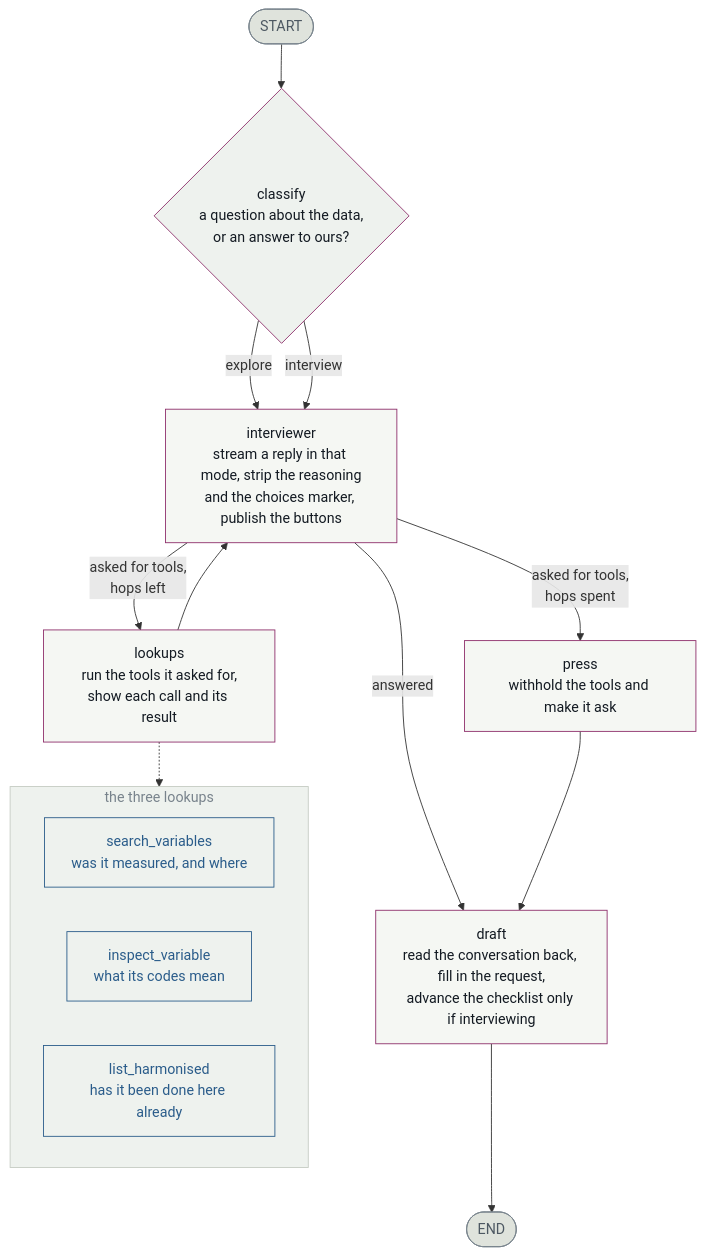
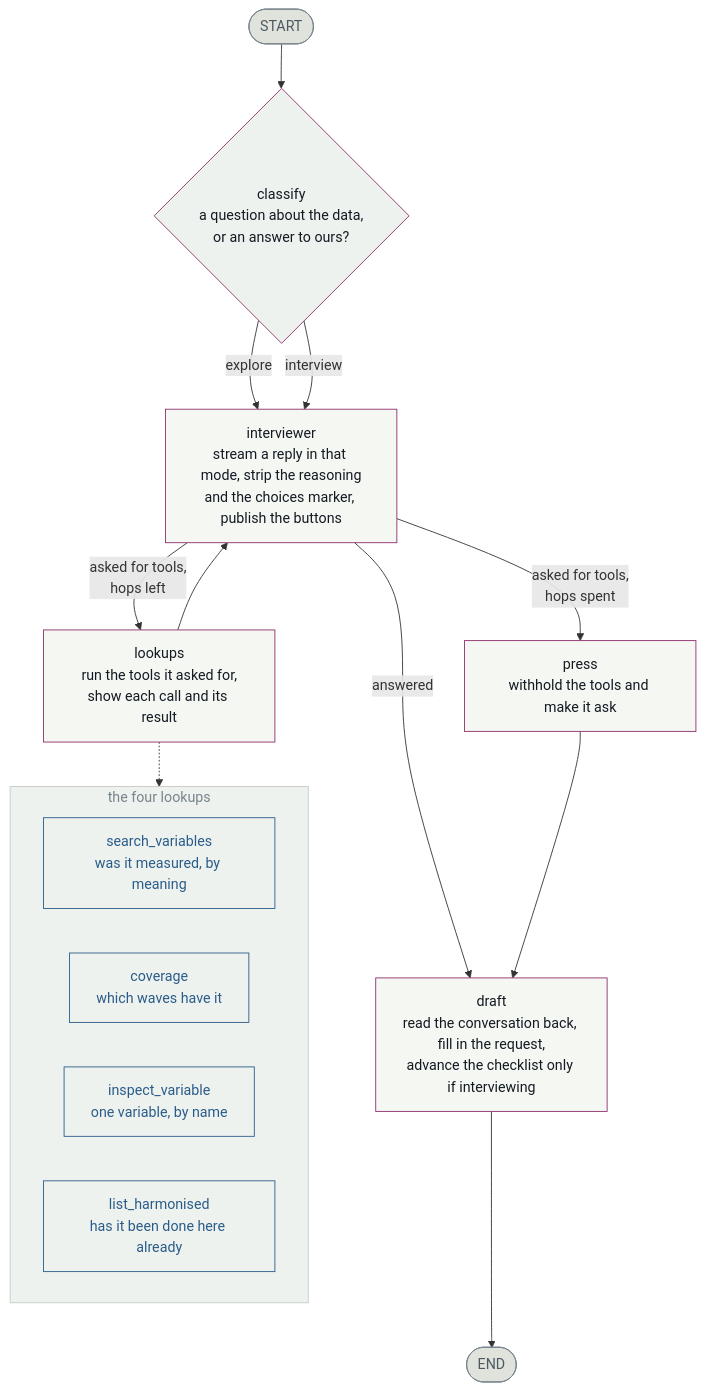
The diagram in web/assistant/README.md (CLS-Data/bcs70-core), drawn with Mermaid before and after one commit. The commit also changed other lines of this file and 7 other files, not shown here.

````diff
--- a/web/assistant/README.md
+++ b/web/assistant/README.md
@@ -14,38 +14,39 @@
 ```mermaid
 flowchart TD
     START([START]) --> CLS
 
     CLS{"classify<br/>a question about the data,<br/>or an answer to ours?"}
     CLS -- "explore" --> INT
     CLS -- "interview" --> INT
 
     INT["interviewer<br/>stream a reply in that mode, strip the reasoning<br/>and the choices marker, publish the buttons"]
     LOOK["lookups<br/>run the tools it asked for,<br/>show each call and its result"]
     PRESS["press<br/>withhold the tools and make it ask"]
     DRAFT["draft<br/>read the conversation back, fill in the request,<br/>advance the checklist only if interviewing"]
 
     INT -- "asked for tools,<br/>hops left" --> LOOK
     INT -- "asked for tools,<br/>hops spent" --> PRESS
     INT -- "answered" --> DRAFT
     LOOK --> INT
     PRESS --> DRAFT
     DRAFT --> STOP([END])
 
-    subgraph tools ["the three lookups"]
+    subgraph tools ["the four lookups"]
         direction LR
-        T1["search_variables<br/>was it measured, and where"]
-        T2["inspect_variable<br/>what its codes mean"]
-        T3["list_harmonised<br/>has it been done here already"]
+        T1["search_variables<br/>was it measured, by meaning"]
+        T2["coverage<br/>which waves have it"]
+        T3["inspect_variable<br/>one variable, by name"]
+        T4["list_harmonised<br/>has it been done here already"]
     end
     LOOK -.-> tools
 
     classDef node fill:#f5f7f3,stroke:#8e2f6b,color:#131a22
     classDef decision fill:#eef2ee,stroke:#8e2f6b,color:#131a22
     classDef terminal fill:#dfe3dc,stroke:#78838c,color:#4d5862
     classDef toolbox fill:#eef2ee,stroke:#2a5c8a,color:#2a5c8a
     class INT,LOOK,PRESS,DRAFT node
     class CLS decision
     class START,STOP terminal
-    class T1,T2,T3 toolbox
+    class T1,T2,T3,T4 toolbox
     style tools fill:#eef2ee,stroke:#c5ccc3,color:#78838c
 ```
````
